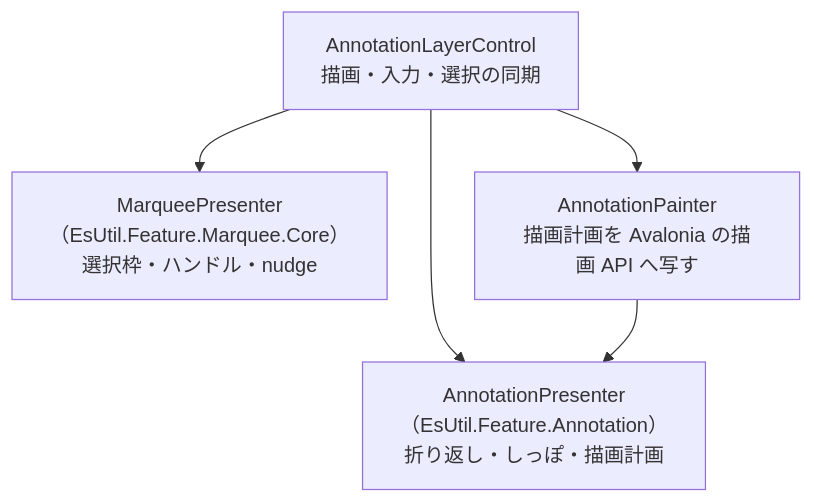
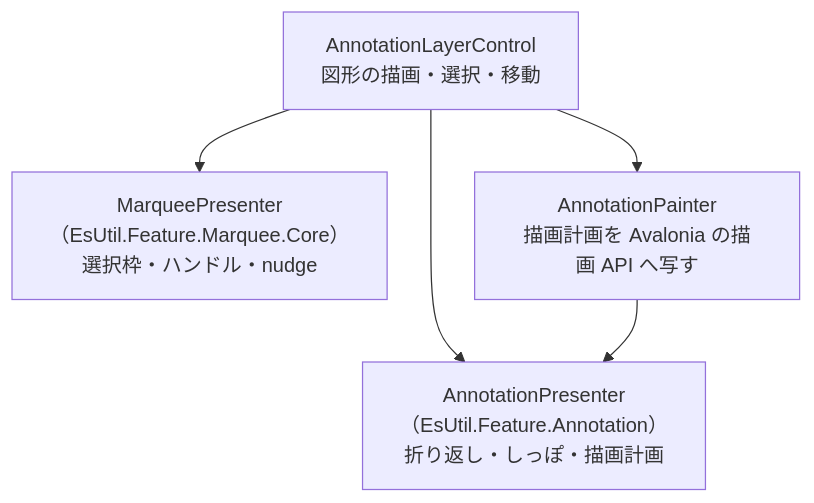
Before and after one commit to tomokuni/EsUtil: the diagram in EsUtil.Ui.AvaloniaUI/Annotation/docs/SPEC_System.md, drawn with Mermaid. The commit also changed other lines of this file and 3 other files, not shown here.

````diff
--- a/EsUtil.Ui.AvaloniaUI/Annotation/docs/SPEC_System.md
+++ b/EsUtil.Ui.AvaloniaUI/Annotation/docs/SPEC_System.md
@@ -36,11 +36,11 @@
 ```mermaid
 flowchart TB
-    LC["AnnotationLayerControl<br/>描画・入力・選択の同期"]
+    LC["AnnotationLayerControl<br/>図形の描画・選択・移動"]
     MP["MarqueePresenter（EsUtil.Feature.Marquee.Core）<br/>選択枠・ハンドル・nudge"]
     AP["AnnotationPresenter（EsUtil.Feature.Annotation）<br/>折り返し・しっぽ・描画計画"]
     PT["AnnotationPainter<br/>描画計画を Avalonia の描画 API へ写す"]
     LC --> MP
     LC --> AP
     LC --> PT
     PT --> AP
 ```
````
